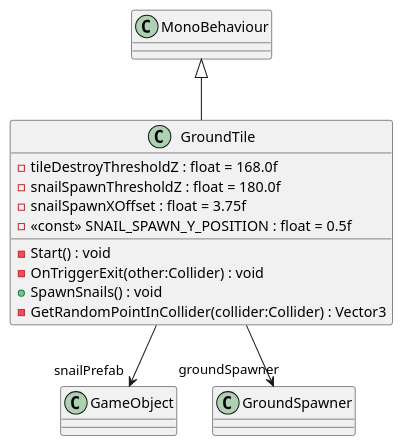
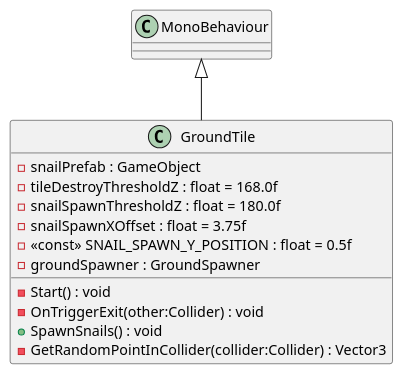
Before and after one commit to RadicalReptile/ToadRunnerStudy: the diagram in UML/Assets/Scripts/GroundTile.puml, drawn with PlantUML. The commit also changed 15 other files, not shown here.

Commit message:
Generate UML (Generate UML)

```diff
--- a/UML/Assets/Scripts/GroundTile.puml
+++ b/UML/Assets/Scripts/GroundTile.puml
@@ -1,15 +1,15 @@
 @startuml
 class GroundTile {
+    - snailPrefab : GameObject
     - tileDestroyThresholdZ : float = 168.0f
     - snailSpawnThresholdZ : float = 180.0f
     - snailSpawnXOffset : float = 3.75f
     - <<const>> SNAIL_SPAWN_Y_POSITION : float = 0.5f
+    - groundSpawner : GroundSpawner
     - Start() : void
     - OnTriggerExit(other:Collider) : void
     + SpawnSnails() : void
     - GetRandomPointInCollider(collider:Collider) : Vector3
 }
 MonoBehaviour <|-- GroundTile
-GroundTile --> "snailPrefab" GameObject
-GroundTile --> "groundSpawner" GroundSpawner
 @enduml
```
